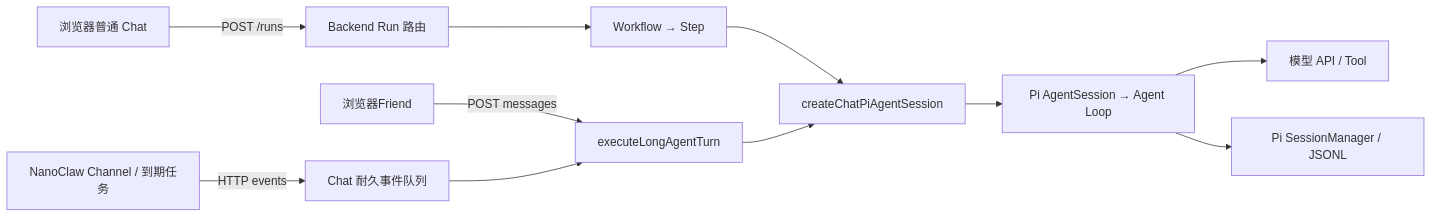
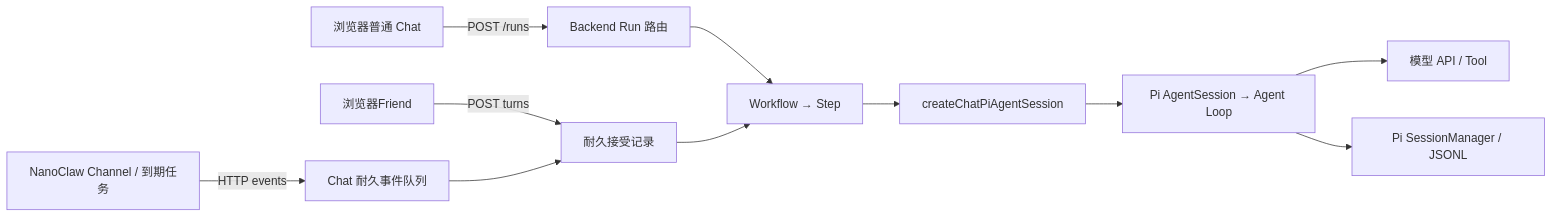
Before and after one commit to later-3/Chat: the diagram in docs/development/debugging/code-map.md, drawn with Mermaid. The commit also changed other lines of this file and 151 other files, not shown here.

````diff
--- a/docs/development/debugging/code-map.md
+++ b/docs/development/debugging/code-map.md
@@ -17,13 +17,13 @@
 ```mermaid
 flowchart LR
   W[浏览器普通 Chat] -->|POST /runs| R[Backend Run 路由]
   R --> F[Workflow → Step]
-  L[浏览器Friend] -->|POST messages| T[executeLongAgentTurn]
+  L[浏览器Friend] -->|POST turns| T[耐久接受记录]
   N[NanoClaw Channel / 到期任务] -->|HTTP events| Q[Chat 耐久事件队列]
   Q --> T
   F --> A[createChatPiAgentSession]
-  T --> A
+  T --> F
   A --> P[Pi AgentSession → Agent Loop]
   P --> M[模型 API / Tool]
   P --> S[Pi SessionManager / JSONL]
 ```
````
